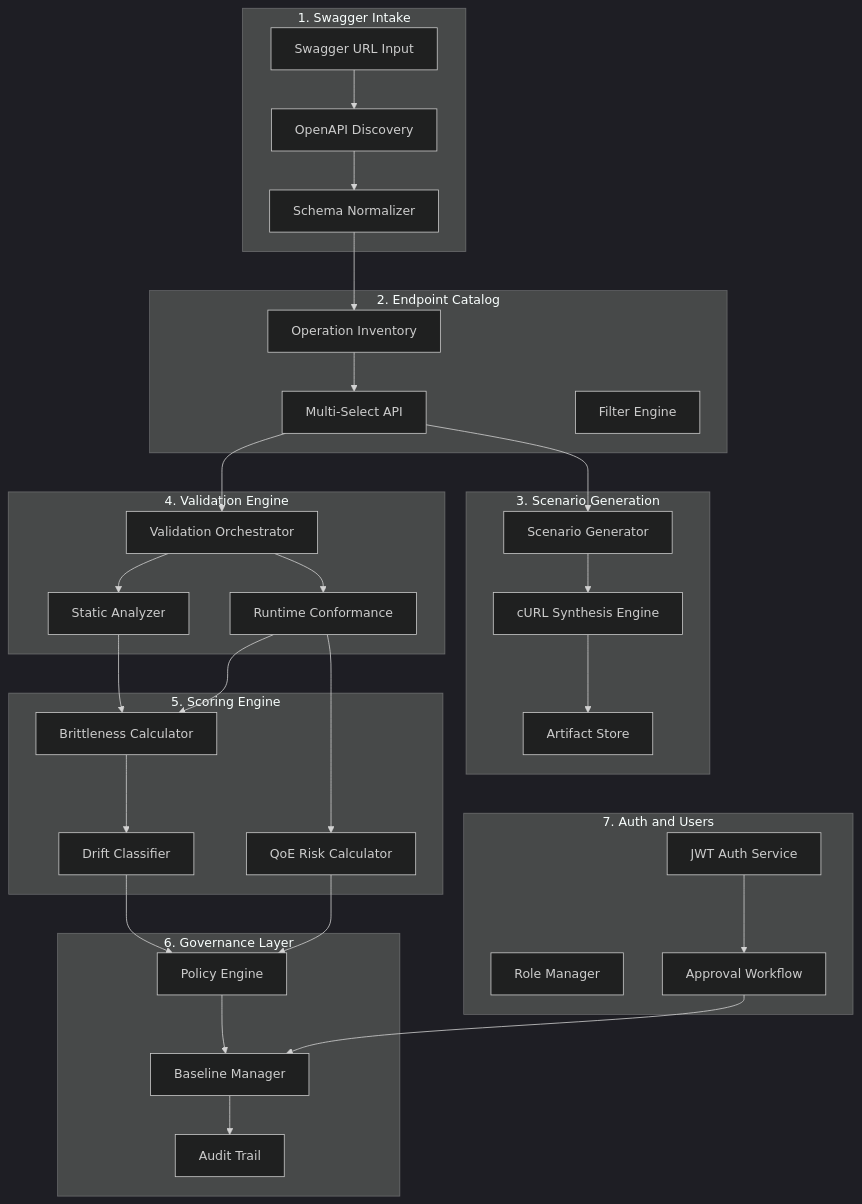
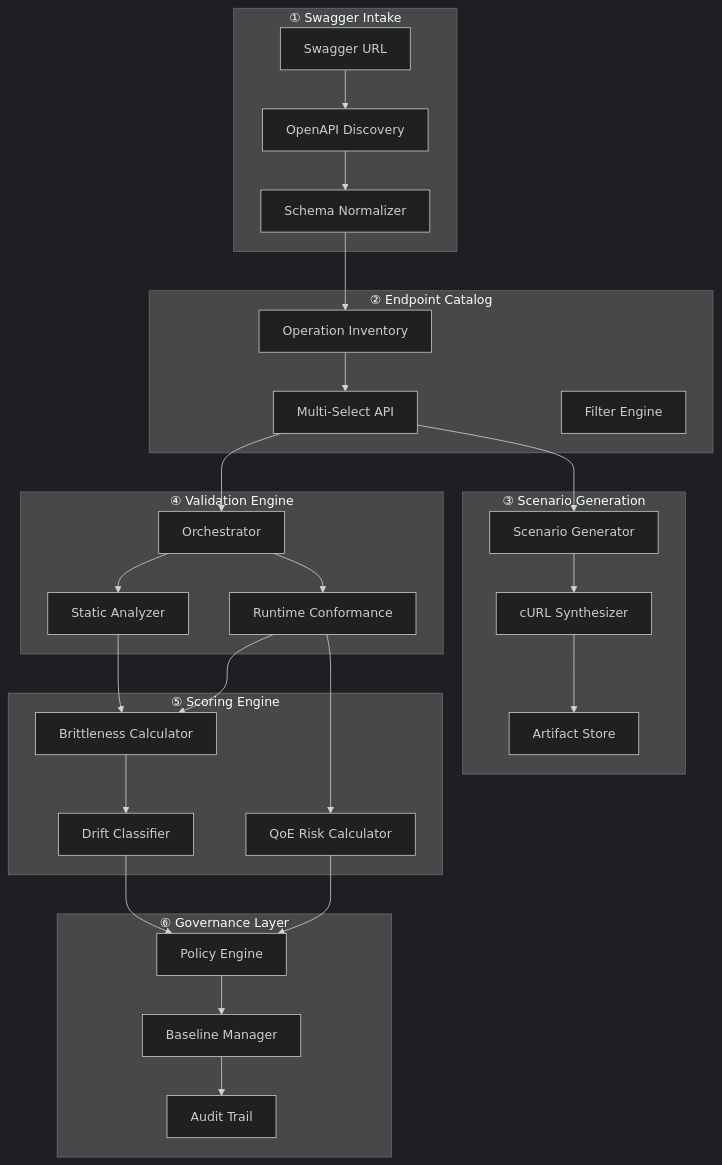
One commit to parthassamal/qoe-guard-patent-demo changed the diagram in README.md. Above: the diagram before and after it, drawn with Mermaid (dark theme). The commit also changed other lines of this file, not shown here.

````diff
--- a/README.md
+++ b/README.md
@@ -75,61 +138,48 @@
 ```mermaid
 flowchart TB
-    subgraph intake [1. Swagger Intake]
-        SwaggerURL[Swagger URL Input]
-        Discovery[OpenAPI Discovery]
-        Normalizer[Schema Normalizer]
+    subgraph intake ["① Swagger Intake"]
+        A1[Swagger URL] --> A2[OpenAPI Discovery]
+        A2 --> A3[Schema Normalizer]
     end
 
-    subgraph catalog [2. Endpoint Catalog]
-        OperationInventory[Operation Inventory]
-        MultiSelect[Multi-Select API]
-        FilterEngine[Filter Engine]
+    subgraph catalog ["② Endpoint Catalog"]
+        B1[Operation Inventory]
+        B2[Multi-Select API]
+        B3[Filter Engine]
     end
 
-    subgraph generation [3. Scenario Generation]
-        ScenarioGen[Scenario Generator]
-        CurlEngine[cURL Synthesis Engine]
-        ArtifactStore[Artifact Store]
+    subgraph generation ["③ Scenario Generation"]
+        C1[Scenario Generator]
+        C2[cURL Synthesizer]
+        C3[Artifact Store]
     end
 
-    subgraph validation [4. Validation Engine]
-        Orchestrator[Validation Orchestrator]
-        StaticAnalyzer[Static Analyzer]
-        RuntimeRunner[Runtime Conformance]
+    subgraph validation ["④ Validation Engine"]
+        D1[Orchestrator]
+        D2[Static Analyzer]
+        D3[Runtime Conformance]
     end
 
-    subgraph scoring [5. Scoring Engine]
-        BrittlenessCalc[Brittleness Calculator]
-        QoERiskCalc[QoE Risk Calculator]
-        DriftClassifier[Drift Classifier]
+    subgraph scoring ["⑤ Scoring Engine"]
+        E1[Brittleness Calculator]
+        E2[QoE Risk Calculator]
+        E3[Drift Classifier]
     end
 
-    subgraph governance [6. Governance Layer]
-        PolicyEngine[Policy Engine]
-        BaselineManager[Baseline Manager]
-        AuditTrail[Audit Trail]
+    subgraph governance ["⑥ Governance Layer"]
+        F1[Policy Engine]
+        F2[Baseline Manager]
+        F3[Audit Trail]
     end
 
-    subgraph auth [7. Auth and Users]
-        AuthService[JWT Auth Service]
-        RoleManager[Role Manager]
-        ApprovalWorkflow[Approval Workflow]
-    end
-
-    SwaggerURL --> Discovery --> Normalizer --> OperationInventory
-    OperationInventory --> MultiSelect --> ScenarioGen
-    ScenarioGen --> CurlEngine --> ArtifactStore
-    MultiSelect --> Orchestrator
-    Orchestrator --> StaticAnalyzer
-    Orchestrator --> RuntimeRunner
-    StaticAnalyzer --> BrittlenessCalc
-    RuntimeRunner --> BrittlenessCalc
-    RuntimeRunner --> QoERiskCalc
-    BrittlenessCalc --> DriftClassifier
-    DriftClassifier --> PolicyEngine
-    QoERiskCalc --> PolicyEngine
-    PolicyEngine --> BaselineManager
-    BaselineManager --> AuditTrail
-    AuthService --> ApprovalWorkflow
-    ApprovalWorkflow --> BaselineManager
+    A3 --> B1
+    B1 --> B2 --> C1
+    C1 --> C2 --> C3
+    B2 --> D1
+    D1 --> D2 & D3
+    D2 & D3 --> E1
+    D3 --> E2
+    E1 --> E3 --> F1
+    E2 --> F1
+    F1 --> F2 --> F3
 ```
````
